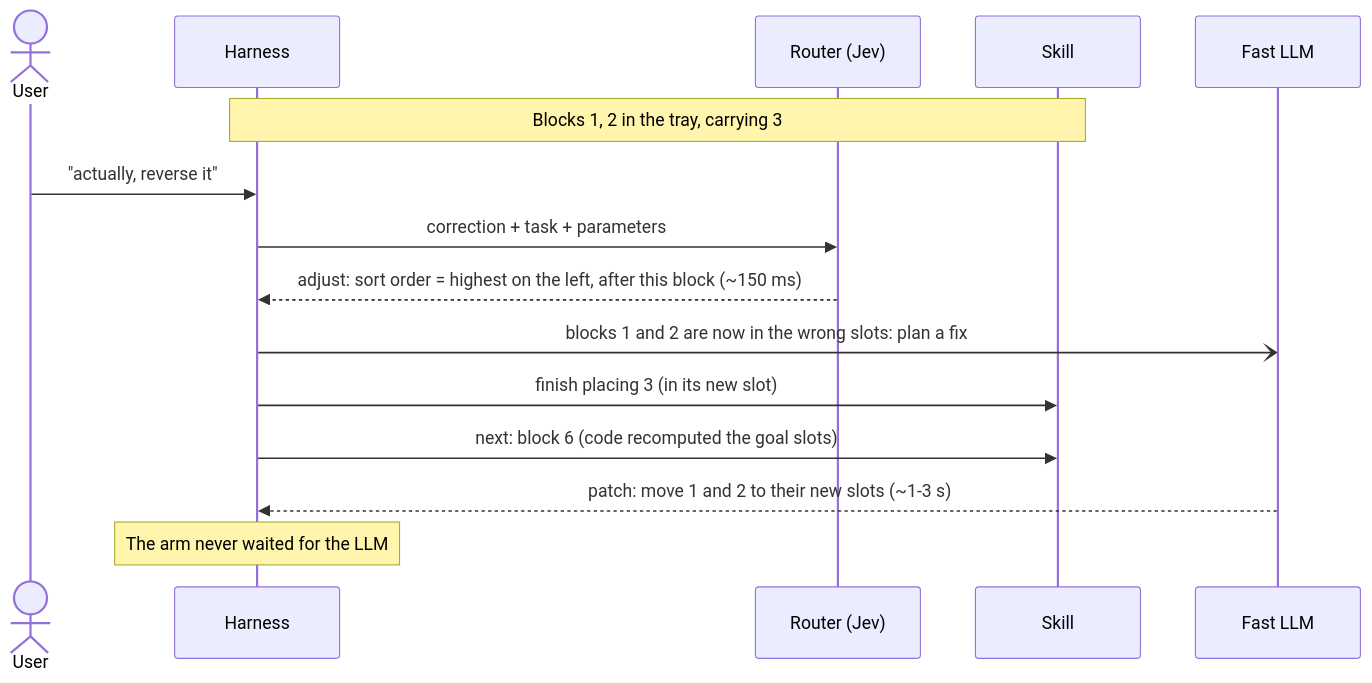
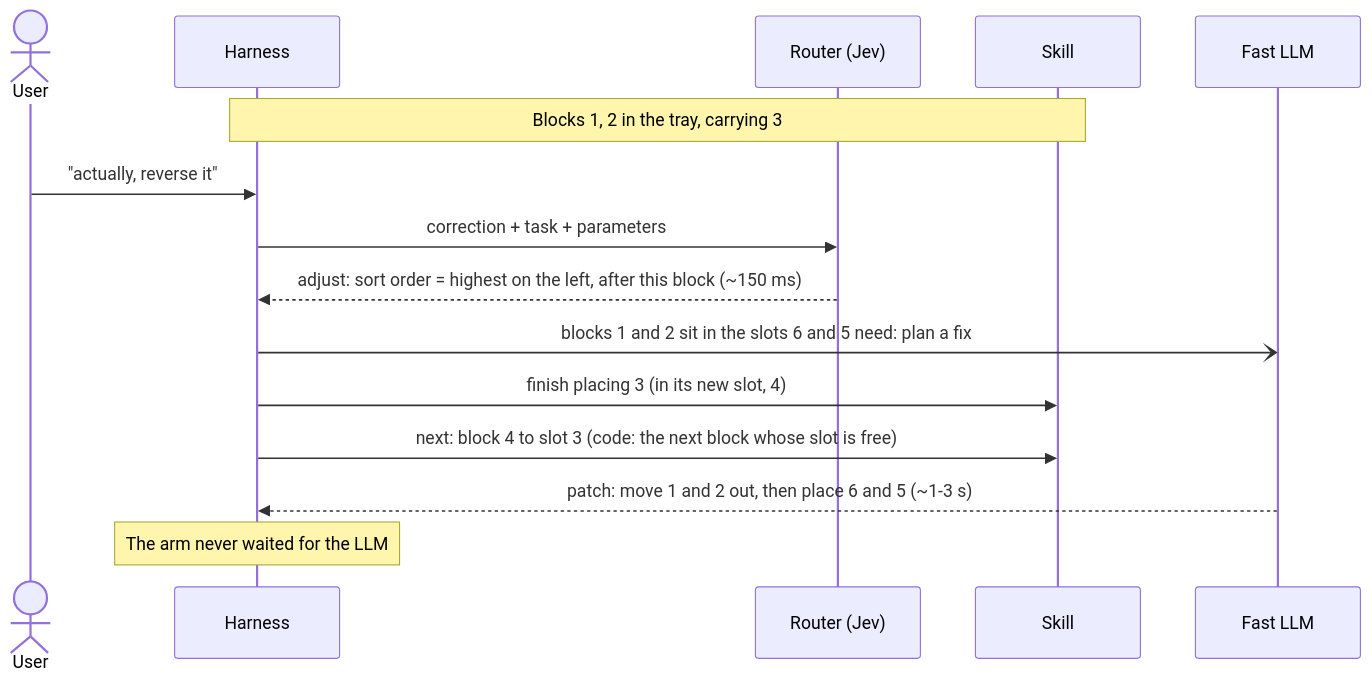
One commit to alee792/robojev changed the fourth of 7 diagrams in docs/v2-diagrams.md. Above: the diagram before and after it, drawn with Mermaid. The commit also changed other lines of this file and 1 other file, not shown here.

First line of the commit message:
v2 doc and diagrams: consistency pass (reverse-it slot fix, LLM wait wording, failures ask Sequencer and Router in one request, Router pauses rather than stops, typed stop in code, Spotter resume)

````diff
--- a/docs/v2-diagrams.md
+++ b/docs/v2-diagrams.md
@@ -125,18 +125,18 @@
 ```mermaid
 sequenceDiagram
     actor U as User
     participant H as Harness
     participant Ro as Router (Jev)
     participant K as Skill
     participant P as Fast LLM
 
     Note over H,K: Blocks 1, 2 in the tray, carrying 3
     U->>H: "actually, reverse it"
     H->>Ro: correction + task + parameters
     Ro-->>H: adjust: sort order = highest on the left, after this block (~150 ms)
-    H-)P: blocks 1 and 2 are now in the wrong slots: plan a fix
-    H->>K: finish placing 3 (in its new slot)
-    H->>K: next: block 6 (code recomputed the goal slots)
-    P-->>H: patch: move 1 and 2 to their new slots (~1-3 s)
+    H-)P: blocks 1 and 2 sit in the slots 6 and 5 need: plan a fix
+    H->>K: finish placing 3 (in its new slot, 4)
+    H->>K: next: block 4 to slot 3 (code: the next block whose slot is free)
+    P-->>H: patch: move 1 and 2 out, then place 6 and 5 (~1-3 s)
     Note over H: The arm never waited for the LLM
 ```
````
